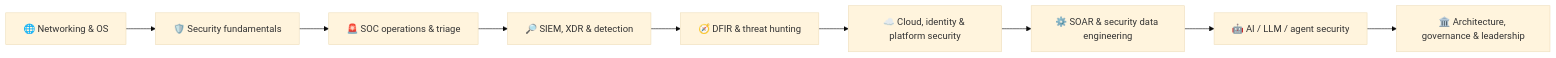
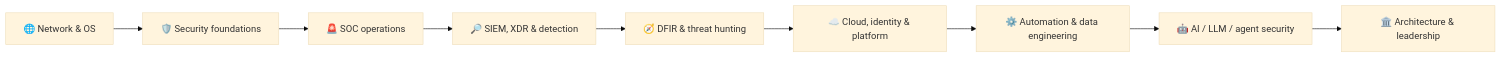
Before and after one commit to yashvanth-mv27/cyber-Sec-Roadmap-2026-27: the diagram in README.md, drawn with Mermaid (base theme). The commit also changed other lines of this file, not shown here.

Commit message:
Polish README as dark-style SOC roadmap landing page

````diff
--- a/README.md
+++ b/README.md
@@ -28,11 +28,11 @@
 ```mermaid
 flowchart LR
-    A[🌐 Networking & OS] --> B[🛡️ Security fundamentals]
-    B --> C[🚨 SOC operations & triage]
+    A[🌐 Network & OS] --> B[🛡️ Security foundations]
+    B --> C[🚨 SOC operations]
     C --> D[🔎 SIEM, XDR & detection]
     D --> E[🧭 DFIR & threat hunting]
-    E --> F[☁️ Cloud, identity & platform security]
-    F --> G[⚙️ SOAR & security data engineering]
+    E --> F[☁️ Cloud, identity & platform]
+    F --> G[⚙️ Automation & data engineering]
     G --> H[🤖 AI / LLM / agent security]
-    H --> I[🏛️ Architecture, governance & leadership]
+    H --> I[🏛️ Architecture & leadership]
 ```
````
